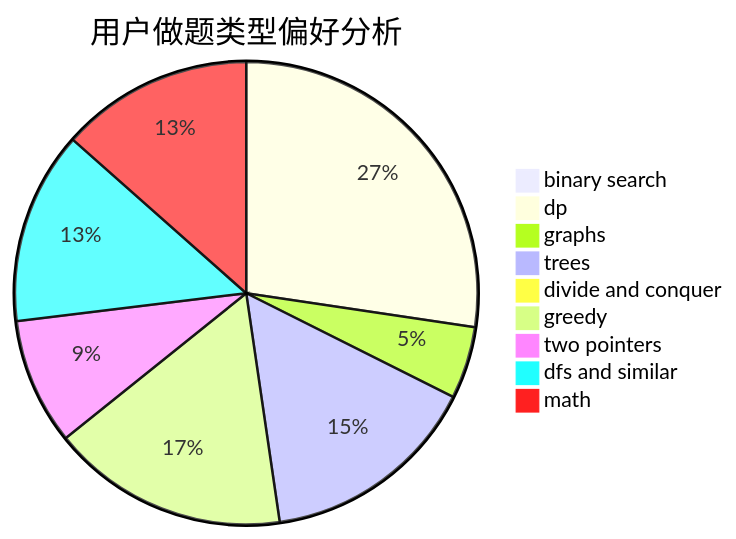
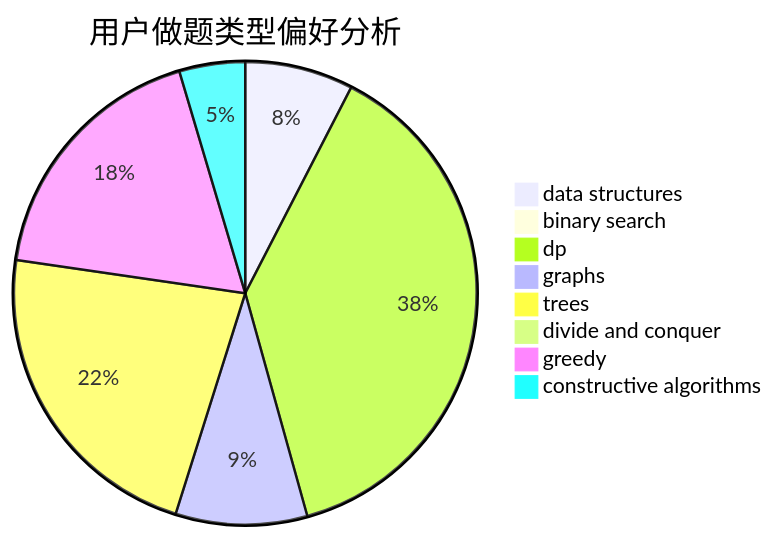
The second of 3 diagrams in docs/user/u2007.md (sherpahu/cfrs.github.io), drawn with Mermaid before and after one commit. The commit also changed other lines of this file and 2775 other files, not shown here.

````diff
--- a/docs/user/u2007.md
+++ b/docs/user/u2007.md
@@ -23,12 +23,11 @@
 ```mermaid
 pie title 用户做题类型偏好分析
+    "data structures" :  28
     "binary search" :  1
-    "dp" :  195
-    "graphs" :  36
-    "trees" :  109
+    "dp" :  141
+    "graphs" :  34
+    "trees" :  83
     "divide and conquer" :  0
-    "greedy" :  118
-    "two pointers" :  63
-    "dfs and similar" :  96
-    "math" :  96
+    "greedy" :  67
+    "constructive algorithms" :  17
 ```
````
